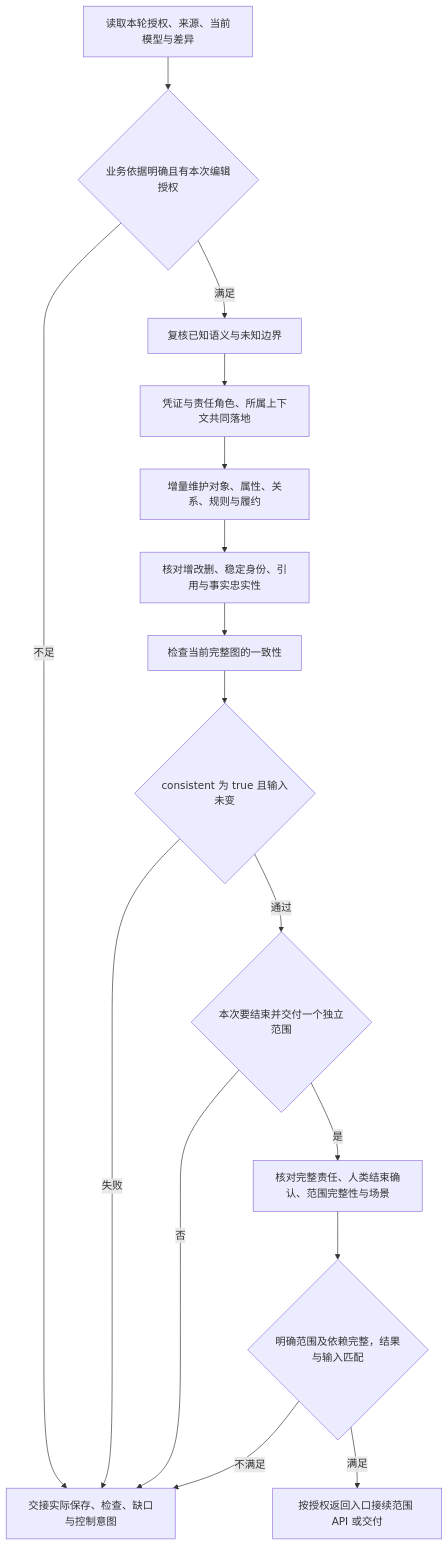
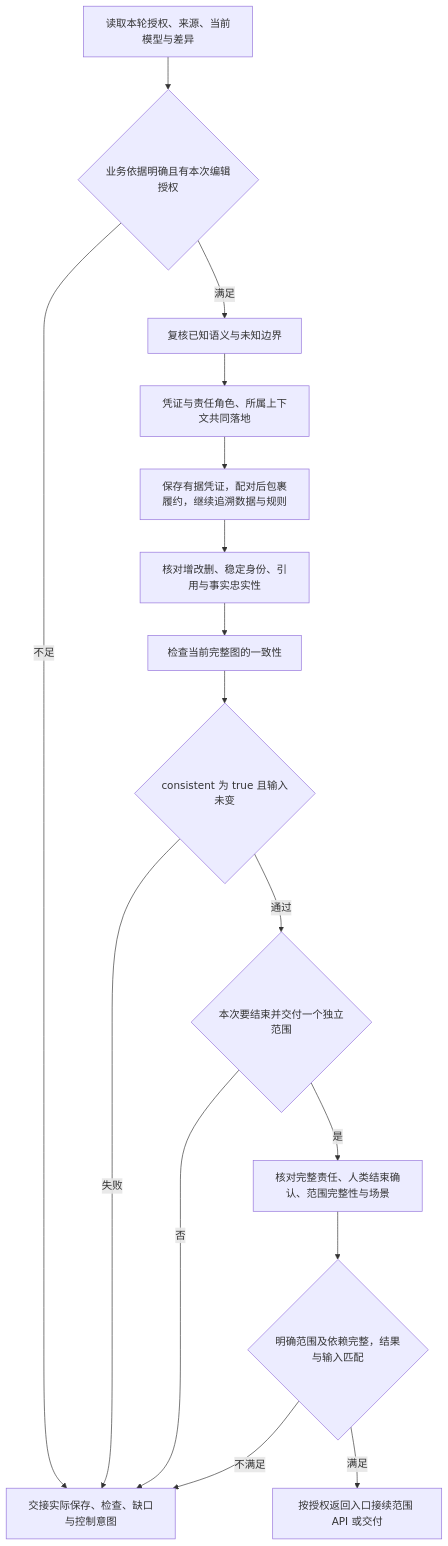
One commit to JayClock/Evidence-Framework changed the diagram in .agents/skills/evidence-fm/references/editing-workflow.md. Above: the diagram before and after it, drawn with Mermaid. The commit also changed other lines of this file and 89 other files, not shown here.

````diff
--- a/.agents/skills/evidence-fm/references/editing-workflow.md
+++ b/.agents/skills/evidence-fm/references/editing-workflow.md
@@ -5,31 +5,31 @@
 ```mermaid
 flowchart TD
     input[读取本轮授权、来源、当前模型与差异]
     permission{业务依据明确且有本次编辑授权}
     mapping[复核已知语义与未知边界]
     pair[凭证与责任角色、所属上下文共同落地]
-    edit[增量维护对象、属性、关系、规则与履约]
+    edit[保存有据凭证，配对后包裹履约，继续追溯数据与规则]
     difference[核对增改删、稳定身份、引用与事实忠实性]
     check[检查当前完整图的一致性]
     consistent{consistent 为 true 且输入未变}
     finish{本次要结束并交付一个独立范围}
     scope[核对完整责任、人类结束确认、范围完整性与场景]
     ready{明确范围及依赖完整，结果与输入匹配}
     handoff[交接实际保存、检查、缺口与控制意图]
     downstream[按授权返回入口接续范围 API 或交付]
     input --> permission
     permission -->|不足| handoff
     permission -->|满足| mapping
     mapping --> pair
     pair --> edit
     edit --> difference
     difference --> check
     check --> consistent
     consistent -->|失败| handoff
     consistent -->|通过| finish
     finish -->|否| handoff
     finish -->|是| scope
     scope --> ready
     ready -->|不满足| handoff
     ready -->|满足| downstream
 ```
````
